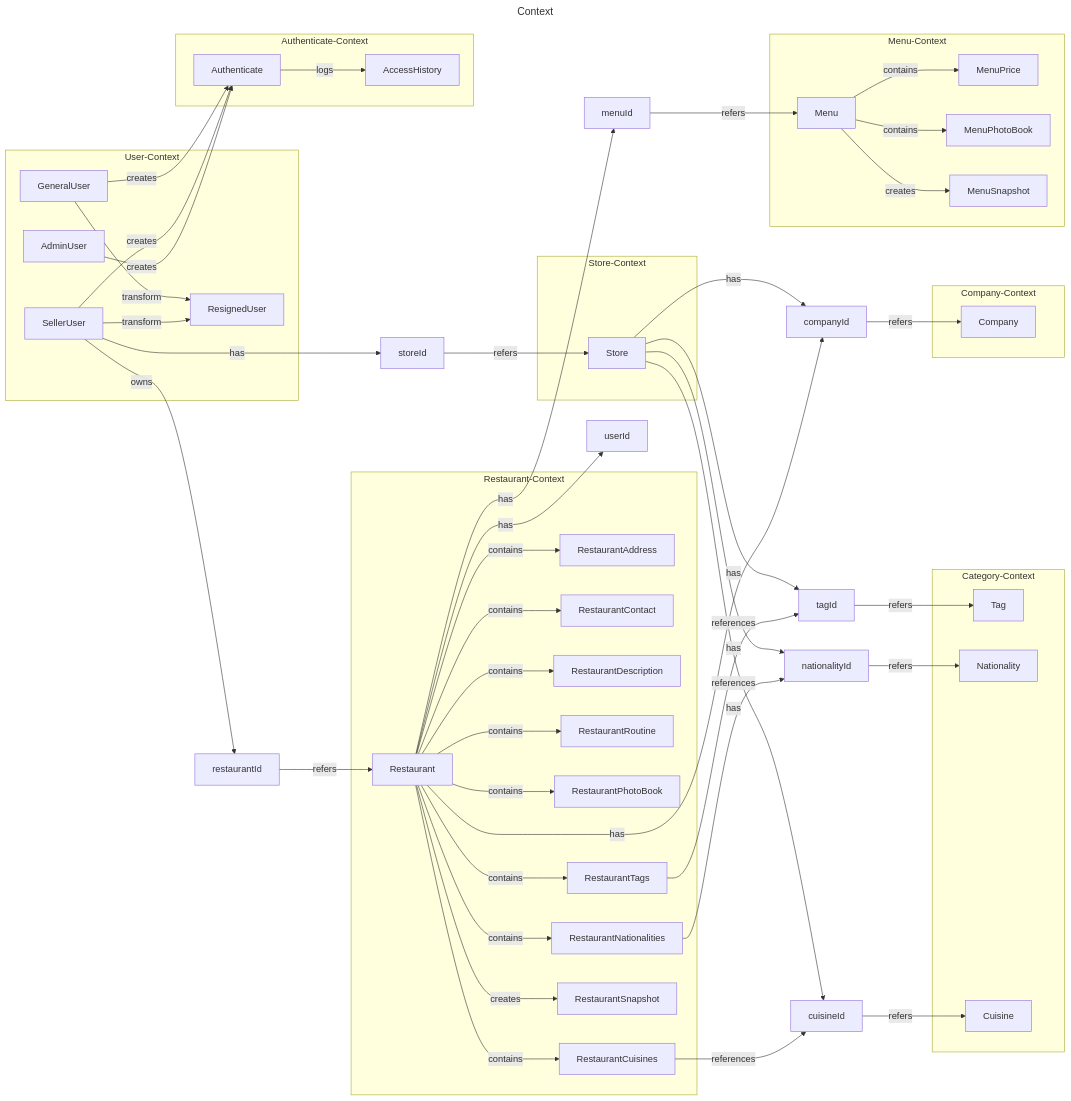
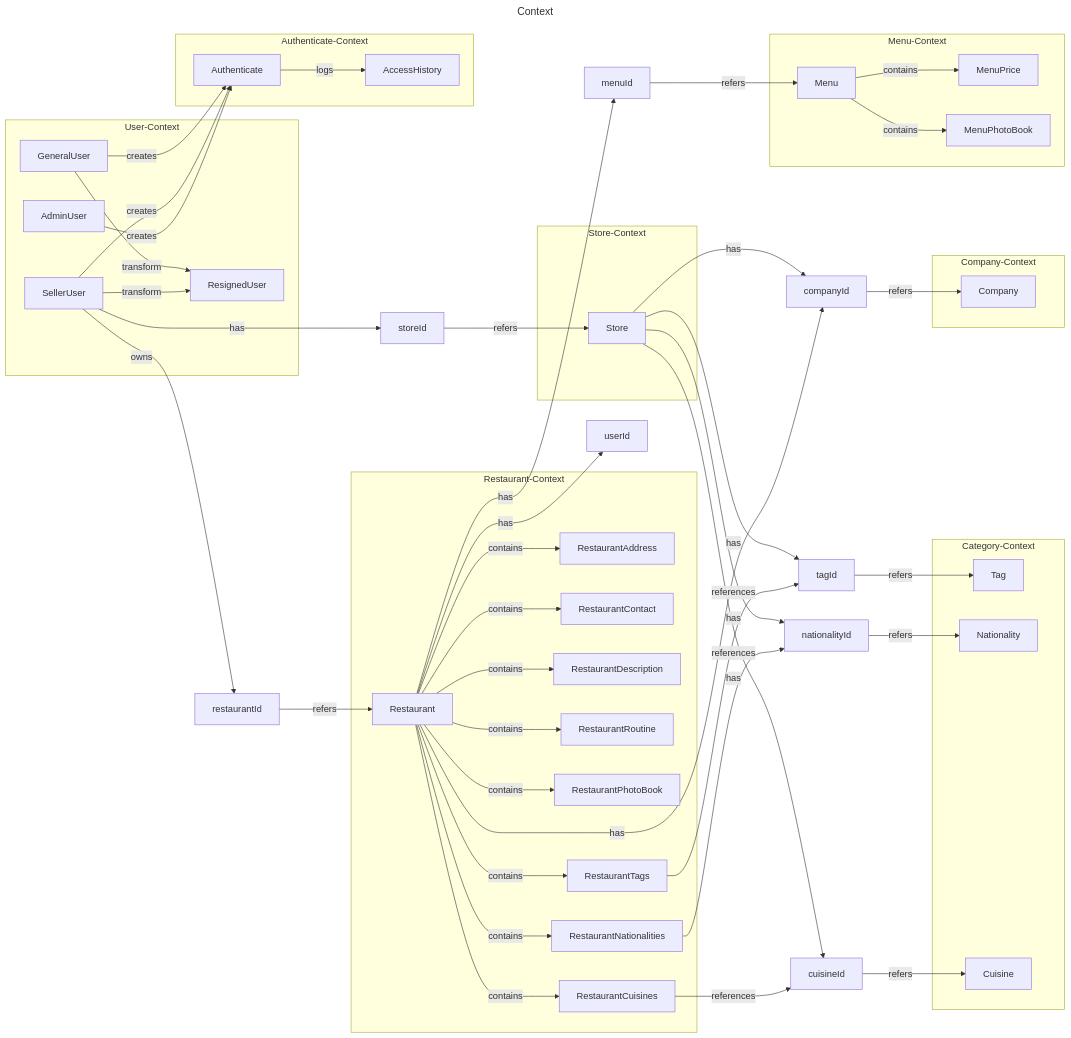
Before and after one commit to newkayak12/prototype-reservation-system: the diagram in docs/class-diagram/V2.md, drawn with Mermaid. The commit also changed other lines of this file and 3 other files, not shown here.

First line of the commit message:
docs: Core Module 클래스 다이어그램 수정 (#155)

```diff
--- a/docs/class-diagram/V2.md
+++ b/docs/class-diagram/V2.md
@@ -41,14 +41,12 @@
         restaurant_tags[RestaurantTags]
         restaurant_nationalities[RestaurantNationalities]
         restaurant_cuisines[RestaurantCuisines]
-        restaurant_snapshot[RestaurantSnapshot]
     end
 
     subgraph Menu-Context
         menu[Menu]
         menu_price[MenuPrice]
         menu_photobook[MenuPhotoBook]
-        menu_snapshot[MenuSnapshot]
     end
 
     subgraph Category-Context
@@ -95,7 +93,6 @@
     restaurant -->|contains| restaurant_tags
     restaurant -->|contains| restaurant_nationalities
     restaurant -->|contains| restaurant_cuisines
-    restaurant -->|creates| restaurant_snapshot
 
     restaurant_tags -->|references| tagId
     restaurant_nationalities -->|references| nationalityId
@@ -106,7 +103,6 @@
     menuId -->|refers| menu
     menu -->|contains| menu_price
     menu -->|contains| menu_photobook
-    menu -->|creates| menu_snapshot
 
     %% Authentication relationships
     general_user -->|creates| authenticate
```
